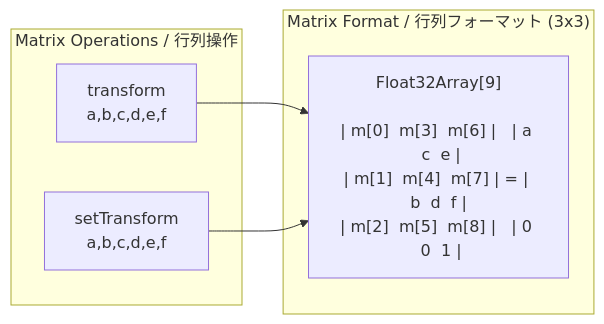
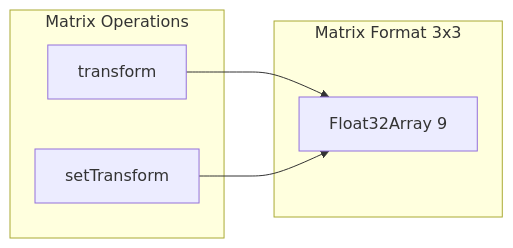
The fourth of 37 diagrams in packages/webgl/RENDERING_FLOW.md (Next2D/player), drawn with Mermaid before and after one commit. The commit also changed other lines of this file, not shown here.

````diff
--- a/packages/webgl/RENDERING_FLOW.md
+++ b/packages/webgl/RENDERING_FLOW.md
@@ -228,14 +228,14 @@
 ```mermaid
 flowchart LR
-    subgraph "Matrix Operations / 行列操作"
-        TF[transform<br/>a,b,c,d,e,f]
-        SET[setTransform<br/>a,b,c,d,e,f]
+    subgraph "Matrix Operations"
+        TF[transform]
+        SET[setTransform]
     end
 
-    subgraph "Matrix Format / 行列フォーマット (3x3)"
-        M["Float32Array[9]<br/><br/>| m[0]  m[3]  m[6] |   | a  c  e |<br/>| m[1]  m[4]  m[7] | = | b  d  f |<br/>| m[2]  m[5]  m[8] |   | 0  0  1 |"]
+    subgraph "Matrix Format 3x3"
+        M[Float32Array 9]
     end
 
     TF --> M
     SET --> M
 ```
````
